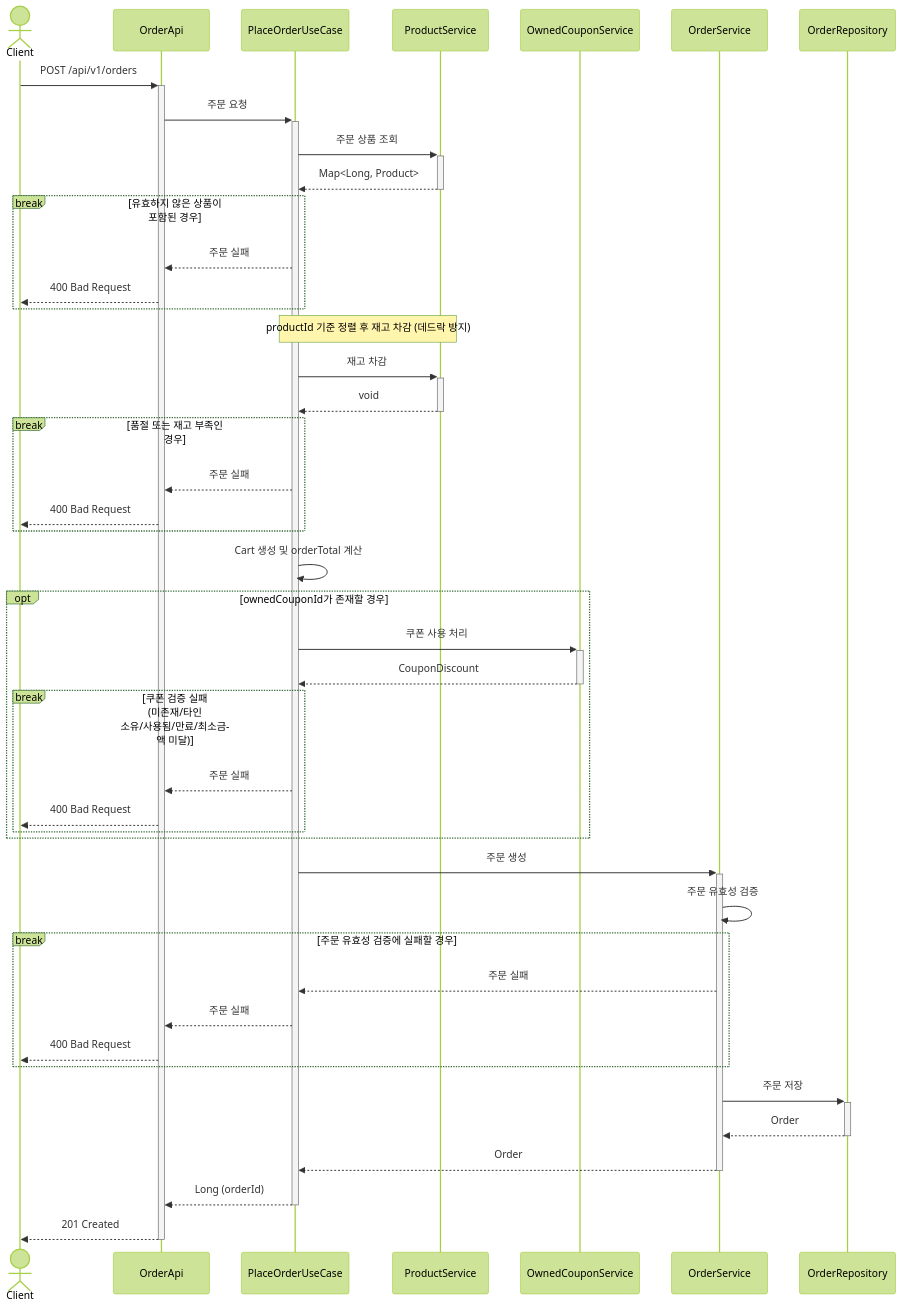
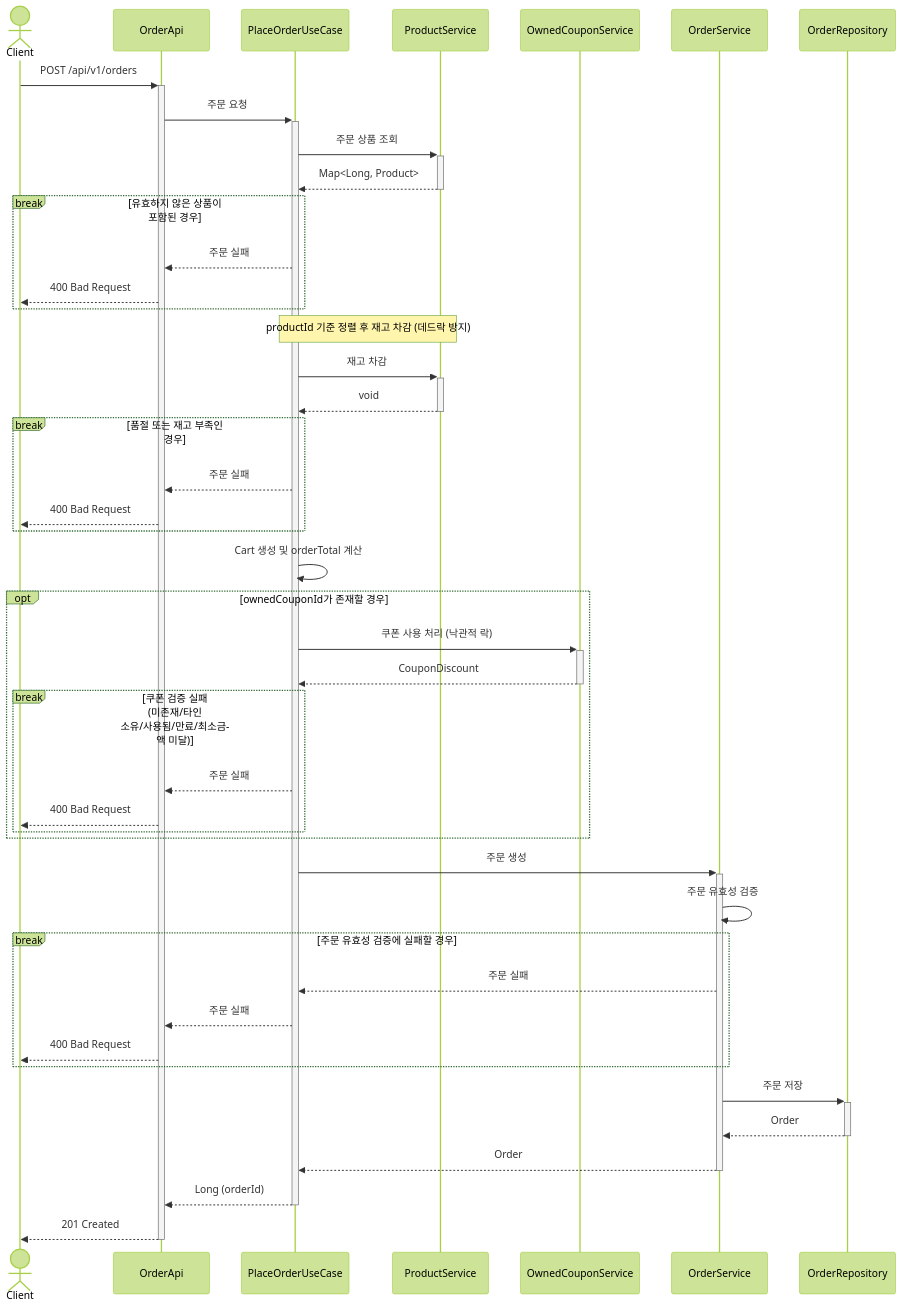
One commit to Loopers-dev-lab/loop-pack-be-l2-vol3-java changed diagram 29 of 31 in .docs/design/02-sequence-diagrams.md. Above: the diagram before and after it, drawn with Mermaid (forest theme). The commit also changed other lines of this file and 15 other files, not shown here.

````diff
--- a/.docs/design/02-sequence-diagrams.md
+++ b/.docs/design/02-sequence-diagrams.md
@@ -960,58 +960,58 @@
 ```mermaid
 sequenceDiagram
     actor Client
     participant OrderApi
     participant PlaceOrderUseCase
     participant ProductService
     participant OwnedCouponService
     participant OrderService
     participant OrderRepository
 
     Client ->>+ OrderApi: POST /api/v1/orders
     OrderApi ->>+ PlaceOrderUseCase: 주문 요청
 
     PlaceOrderUseCase ->>+ ProductService: 주문 상품 조회
     ProductService -->>- PlaceOrderUseCase: Map<Long, Product>
 
     break 유효하지 않은 상품이 포함된 경우
         PlaceOrderUseCase -->> OrderApi: 주문 실패
         OrderApi -->> Client: 400 Bad Request
     end
 
     Note over PlaceOrderUseCase,ProductService: productId 기준 정렬 후 재고 차감 (데드락 방지)
     PlaceOrderUseCase ->>+ ProductService: 재고 차감
     ProductService -->>- PlaceOrderUseCase: void
 
     break 품절 또는 재고 부족인 경우
         PlaceOrderUseCase -->> OrderApi: 주문 실패
         OrderApi -->> Client: 400 Bad Request
     end
 
     PlaceOrderUseCase ->> PlaceOrderUseCase: Cart 생성 및 orderTotal 계산
 
     opt ownedCouponId가 존재할 경우
-        PlaceOrderUseCase ->>+ OwnedCouponService: 쿠폰 사용 처리
+        PlaceOrderUseCase ->>+ OwnedCouponService: 쿠폰 사용 처리 (낙관적 락)
         OwnedCouponService -->>- PlaceOrderUseCase: CouponDiscount
 
         break 쿠폰 검증 실패 (미존재/타인 소유/사용됨/만료/최소금액 미달)
             PlaceOrderUseCase -->> OrderApi: 주문 실패
             OrderApi -->> Client: 400 Bad Request
         end
     end
 
     PlaceOrderUseCase ->>+ OrderService: 주문 생성
     OrderService ->> OrderService: 주문 유효성 검증
 
     break 주문 유효성 검증에 실패할 경우
         OrderService -->> PlaceOrderUseCase: 주문 실패
         PlaceOrderUseCase -->> OrderApi: 주문 실패
         OrderApi -->> Client: 400 Bad Request
     end
 
     OrderService ->>+ OrderRepository: 주문 저장
     OrderRepository -->>- OrderService: Order
     OrderService -->>- PlaceOrderUseCase: Order
 
     PlaceOrderUseCase -->>- OrderApi: Long (orderId)
     OrderApi -->>- Client: 201 Created
 ```
````
